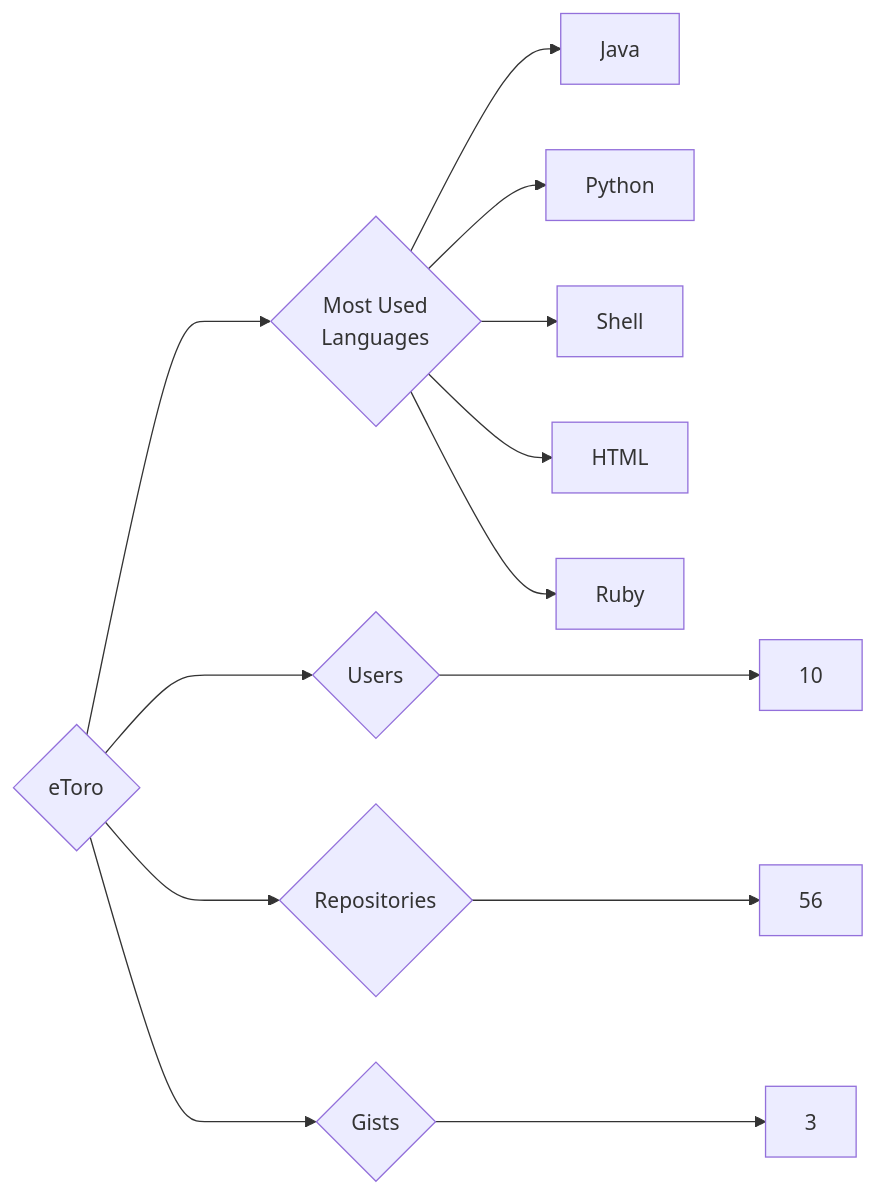
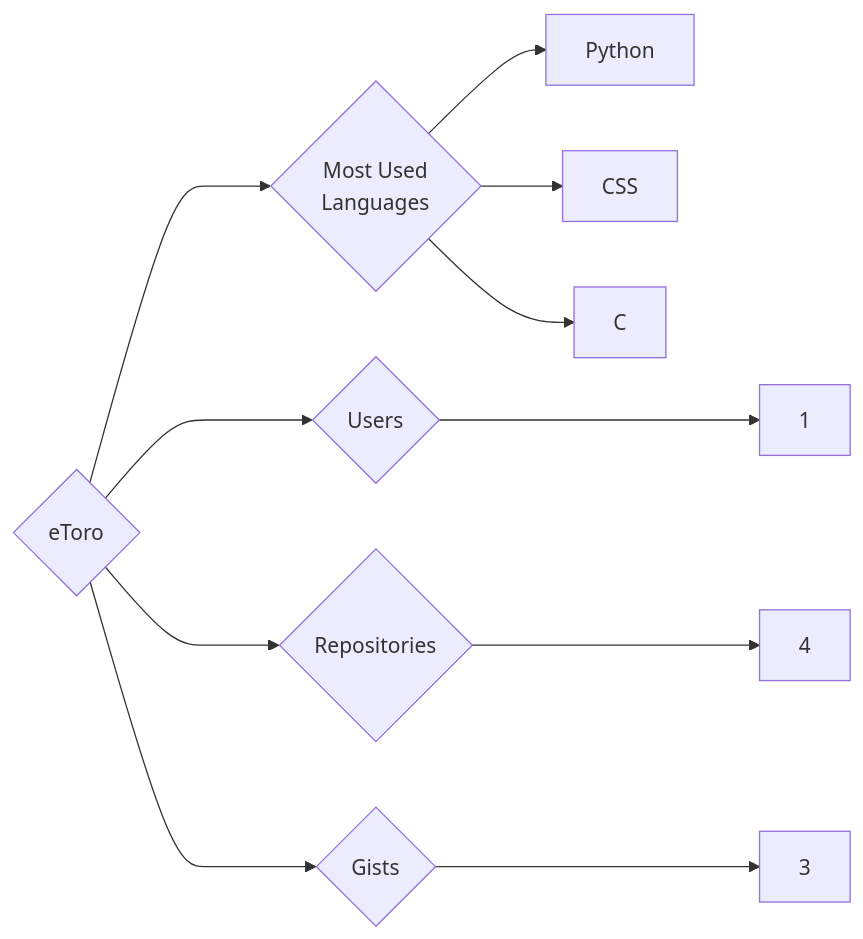
The diagram in targets/eToro/README.md (trickest/insiders), drawn with Mermaid before and after one commit. The commit also changed 995 other files, not shown here.

````diff
--- a/targets/eToro/README.md
+++ b/targets/eToro/README.md
@@ -3,13 +3,11 @@
 ```mermaid
 graph LR
 COMPANY_NAME{eToro}
-COMPANY_NAME ---> U{Users} ---> UN[10]
-COMPANY_NAME ---> R{Repositories} ---> RN[56]
+COMPANY_NAME ---> U{Users} ---> UN[1]
+COMPANY_NAME ---> R{Repositories} ---> RN[4]
 COMPANY_NAME ---> G{Gists} ---> GN[3]
 COMPANY_NAME ---> ML{Most Used<br>Languages}
-ML --> Java[Java]
 ML --> Python[Python]
-ML --> Shell[Shell]
-ML --> HTML[HTML]
-ML --> Ruby[Ruby]
+ML --> CSS[CSS]
+ML --> C[C]
 ```
````
